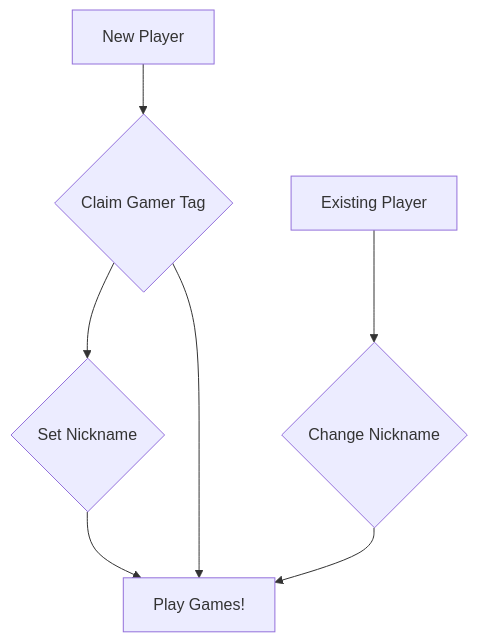
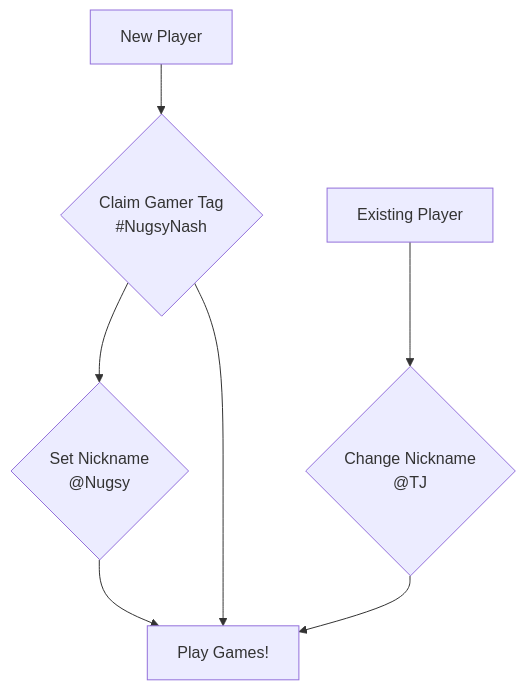
Before and after one commit to TerryJHarrison/gamer-tag: the diagram in README.md, drawn with Mermaid.

Commit message:
Examples for flow chart

````diff
--- a/README.md
+++ b/README.md
@@ -6,8 +6,8 @@
 ```mermaid
 flowchart TD
-	A[New Player] --> B{Claim Gamer Tag} --> C{Set Nickname} --> D[Play Games!]
+	A[New Player] --> B{Claim Gamer Tag\n#NugsyNash} --> C{Set Nickname\n@Nugsy} --> D[Play Games!]
 	B --> D 
 	
-	E[Existing Player] --> F{Change Nickname}
+	E[Existing Player] --> F{Change Nickname\n@TJ}
 	F --> D 
 ```
````
